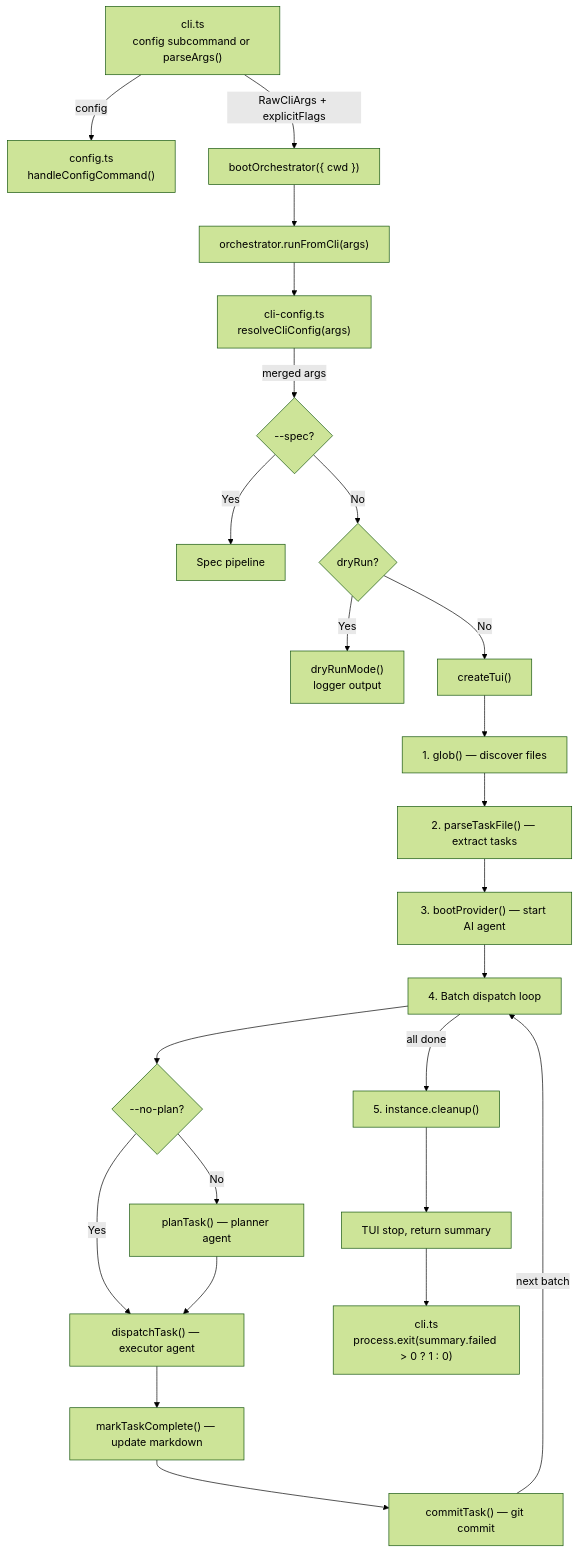
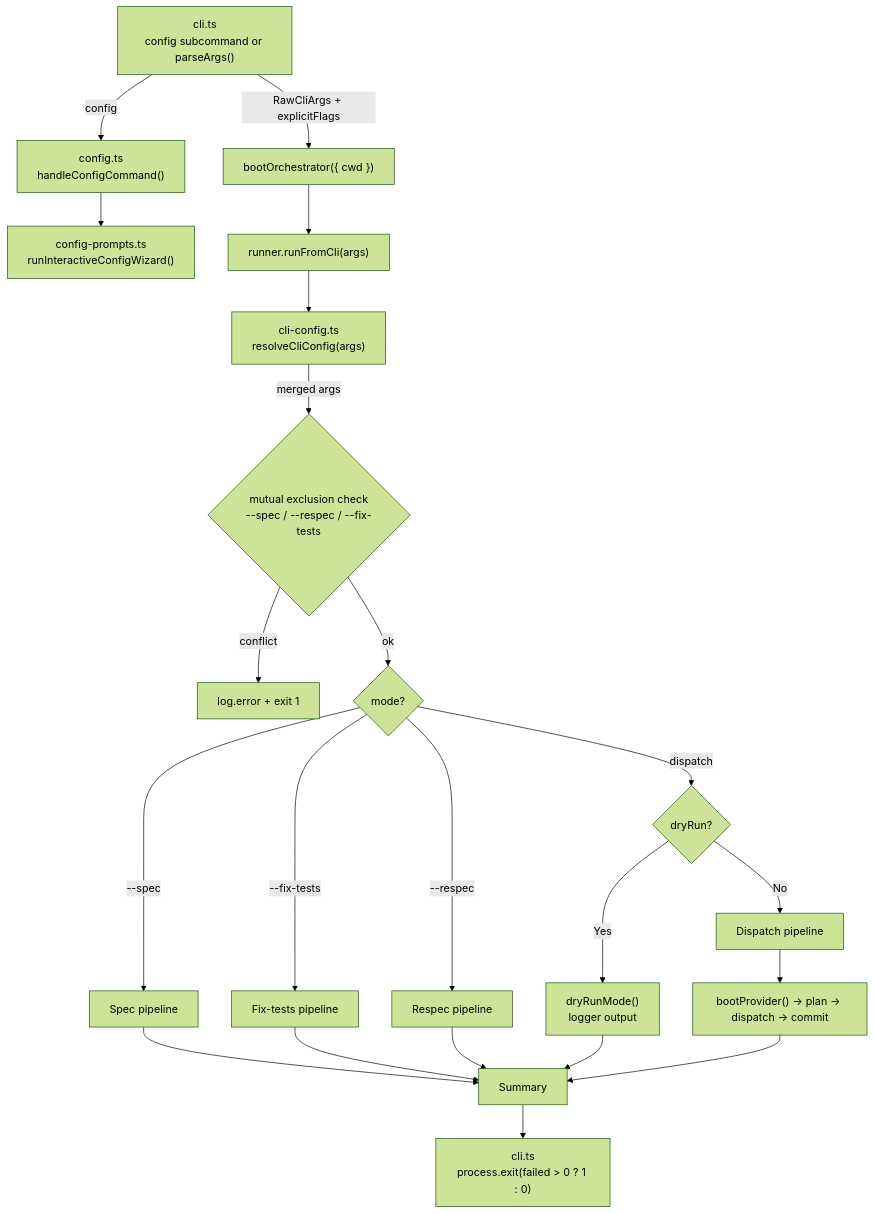
One commit to PatrickRuddiman/Dispatch changed the first of 2 diagrams in docs/cli-orchestration/overview.md. Above: the diagram before and after it, drawn with Mermaid (forest theme). The commit also changed other lines of this file and 51 other files, not shown here.

````diff
--- a/docs/cli-orchestration/overview.md
+++ b/docs/cli-orchestration/overview.md
@@ -34,26 +35,24 @@
 ```mermaid
 flowchart TD
     A["cli.ts<br/>config subcommand or parseArgs()"] -->|"config"| A2["config.ts<br/>handleConfigCommand()"]
+    A2 --> A3["config-prompts.ts<br/>runInteractiveConfigWizard()"]
     A -->|"RawCliArgs + explicitFlags"| B["bootOrchestrator({ cwd })"]
-    B --> B2["orchestrator.runFromCli(args)"]
+    B --> B2["runner.runFromCli(args)"]
     B2 --> B3["cli-config.ts<br/>resolveCliConfig(args)"]
-    B3 -->|"merged args"| C{"--spec?"}
-    C -->|Yes| C2["Spec pipeline"]
-    C -->|No| D{"dryRun?"}
+    B3 -->|"merged args"| B4{"mutual exclusion check<br/>--spec / --respec / --fix-tests"}
+    B4 -->|conflict| X["log.error + exit 1"]
+    B4 -->|ok| C{"mode?"}
+    C -->|"--fix-tests"| C3["Fix-tests pipeline"]
+    C -->|"--spec"| C2["Spec pipeline"]
+    C -->|"--respec"| C4["Respec pipeline"]
+    C -->|dispatch| D{"dryRun?"}
     D -->|Yes| E["dryRunMode()<br/>logger output"]
-    D -->|No| F["createTui()"]
-    F --> G["1. glob() — discover files"]
-    G --> H["2. parseTaskFile() — extract tasks"]
-    H --> I["3. bootProvider() — start AI agent"]
-    I --> J["4. Batch dispatch loop"]
-    J --> K{"--no-plan?"}
-    K -->|No| L["planTask() — planner agent"]
-    K -->|Yes| M["dispatchTask() — executor agent"]
-    L --> M
-    M --> N["markTaskComplete() — update markdown"]
-    N --> O["commitTask() — git commit"]
-    O -->|next batch| J
-    J -->|all done| P["5. instance.cleanup()"]
-    P --> Q["TUI stop, return summary"]
-    Q --> R["cli.ts<br/>process.exit(summary.failed > 0 ? 1 : 0)"]
+    D -->|No| F["Dispatch pipeline"]
+    F --> G["bootProvider() → plan → dispatch → commit"]
+    C2 --> H["Summary"]
+    C3 --> H
+    C4 --> H
+    E --> H
+    G --> H
+    H --> R["cli.ts<br/>process.exit(failed > 0 ? 1 : 0)"]
 ```
````
